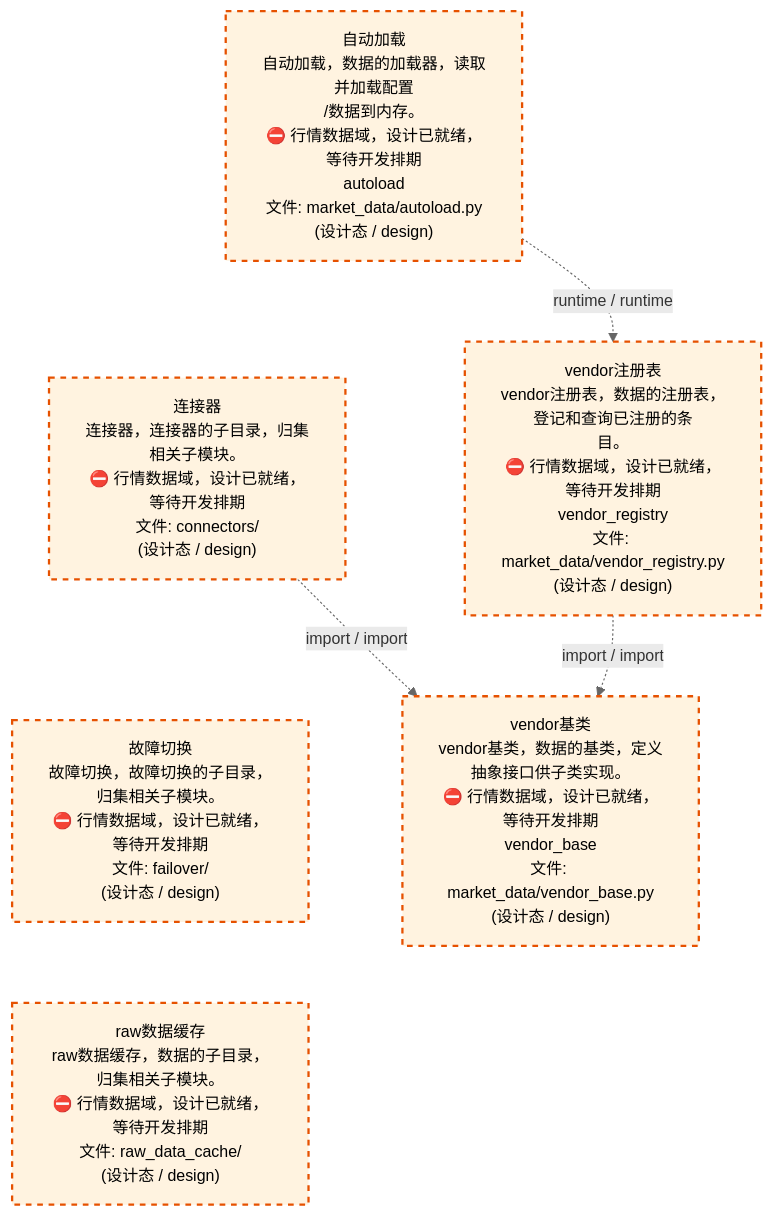
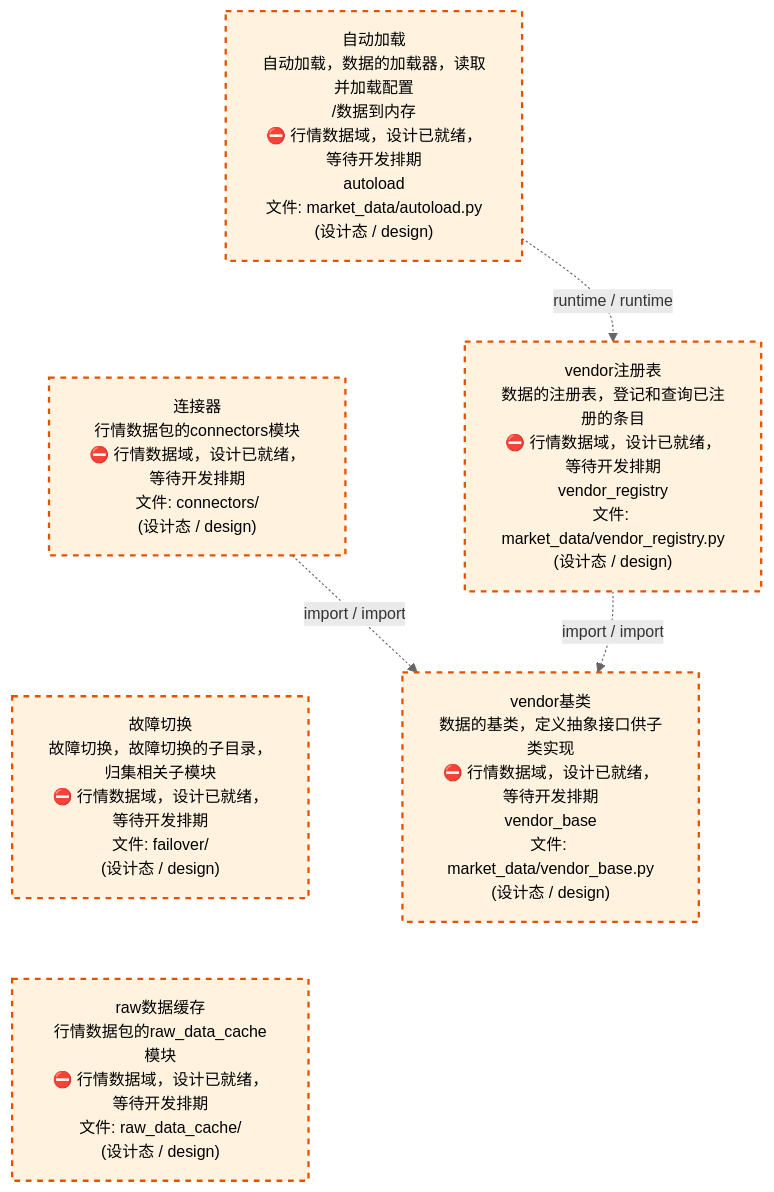
One commit to xuanFelixVan/ZephyrAlpha changed the third of 4 diagrams in docs/02_enterprise_architecture/02_domain_architecture_docs/23_d_mkt_data.md. Above: the diagram before and after it, drawn with Mermaid. The commit also changed other lines of this file and 62 other files, not shown here.

````diff
--- a/docs/02_enterprise_architecture/02_domain_architecture_docs/23_d_mkt_data.md
+++ b/docs/02_enterprise_architecture/02_domain_architecture_docs/23_d_mkt_data.md
@@ -143,21 +143,21 @@
 ```mermaid
 %%{init: {'theme': 'base', 'themeVariables': {'primaryColor': '#eaeaea', 'primaryTextColor': '#333333', 'primaryBorderColor': '#666666', 'lineColor': '#666666', 'secondaryColor': '#eaeaea', 'tertiaryColor': '#eaeaea', 'fontSize': '14px'}}}%%
 flowchart TD
-    src_zephyr_market_data_autoload_py["自动加载<br/>自动加载，数据的加载器，读取并加载配置<br/>/数据到内存。<br/>⛔ 行情数据域，设计已就绪，等待开发排期<br/>autoload<br/>文件: market_data/autoload.py<br/>(设计态 / design)"]
-    src_zephyr_market_data_connectors["连接器<br/>连接器，连接器的子目录，归集相关子模块。<br/>⛔ 行情数据域，设计已就绪，等待开发排期<br/>文件: connectors/<br/>(设计态 / design)"]
-    src_zephyr_market_data_failover["故障切换<br/>故障切换，故障切换的子目录，归集相关子模块。<br/>⛔ 行情数据域，设计已就绪，等待开发排期<br/>文件: failover/<br/>(设计态 / design)"]
-    src_zephyr_market_data_raw_data_cache["raw数据缓存<br/>raw数据缓存，数据的子目录，归集相关子模块。<br/>⛔ 行情数据域，设计已就绪，等待开发排期<br/>文件: raw_data_cache/<br/>(设计态 / design)"]
+    src_zephyr_market_data_autoload_py["自动加载<br/>自动加载，数据的加载器，读取并加载配置<br/>/数据到内存<br/>⛔ 行情数据域，设计已就绪，等待开发排期<br/>autoload<br/>文件: market_data/autoload.py<br/>(设计态 / design)"]
+    src_zephyr_market_data_connectors["连接器<br/>行情数据包的connectors模块<br/>⛔ 行情数据域，设计已就绪，等待开发排期<br/>文件: connectors/<br/>(设计态 / design)"]
+    src_zephyr_market_data_failover["故障切换<br/>故障切换，故障切换的子目录，归集相关子模块<br/>⛔ 行情数据域，设计已就绪，等待开发排期<br/>文件: failover/<br/>(设计态 / design)"]
+    src_zephyr_market_data_raw_data_cache["raw数据缓存<br/>行情数据包的raw_data_cache模块<br/>⛔ 行情数据域，设计已就绪，等待开发排期<br/>文件: raw_data_cache/<br/>(设计态 / design)"]
     src_zephyr_market_data_autoload_py ~~~ src_zephyr_market_data_connectors
     src_zephyr_market_data_connectors ~~~ src_zephyr_market_data_failover
     src_zephyr_market_data_failover ~~~ src_zephyr_market_data_raw_data_cache
-    src_zephyr_market_data_vendor_registry_py["vendor注册表<br/>vendor注册表，数据的注册表，登记和查询已注册的条<br/>目。<br/>⛔ 行情数据域，设计已就绪，等待开发排期<br/>vendor_registry<br/>文件: market_data/vendor_registry.py<br/>(设计态 / design)"]
-    src_zephyr_market_data_vendor_base_py["vendor基类<br/>vendor基类，数据的基类，定义抽象接口供子类实现。<br/>⛔ 行情数据域，设计已就绪，等待开发排期<br/>vendor_base<br/>文件: market_data/vendor_base.py<br/>(设计态 / design)"]
+    src_zephyr_market_data_vendor_registry_py["vendor注册表<br/>数据的注册表，登记和查询已注册的条目<br/>⛔ 行情数据域，设计已就绪，等待开发排期<br/>vendor_registry<br/>文件: market_data/vendor_registry.py<br/>(设计态 / design)"]
+    src_zephyr_market_data_vendor_base_py["vendor基类<br/>数据的基类，定义抽象接口供子类实现<br/>⛔ 行情数据域，设计已就绪，等待开发排期<br/>vendor_base<br/>文件: market_data/vendor_base.py<br/>(设计态 / design)"]
     src_zephyr_market_data_vendor_registry_py -.->|import / import| src_zephyr_market_data_vendor_base_py
     src_zephyr_market_data_connectors -.->|import / import| src_zephyr_market_data_vendor_base_py
     src_zephyr_market_data_autoload_py -.->|runtime / runtime| src_zephyr_market_data_vendor_registry_py
     classDef production fill:#e1f5fe,stroke:#01579b,stroke-width:2px,color:#000
     classDef design fill:#fff3e0,stroke:#e65100,stroke-width:2px,color:#000,stroke-dasharray: 5 5
     classDef external_prod fill:#e8f4fd,stroke:#0277bd,stroke-width:1px,color:#000
     classDef external_design fill:#fff8e7,stroke:#ef6c00,stroke-width:1px,color:#000,stroke-dasharray: 5 5
     class src_zephyr_market_data_autoload_py,src_zephyr_market_data_connectors,src_zephyr_market_data_failover,src_zephyr_market_data_raw_data_cache,src_zephyr_market_data_vendor_base_py,src_zephyr_market_data_vendor_registry_py design
 ```
````
